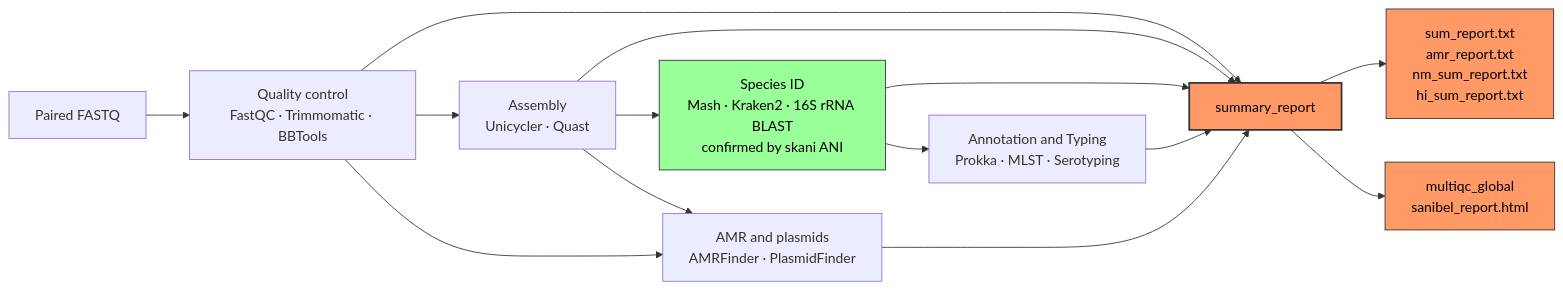
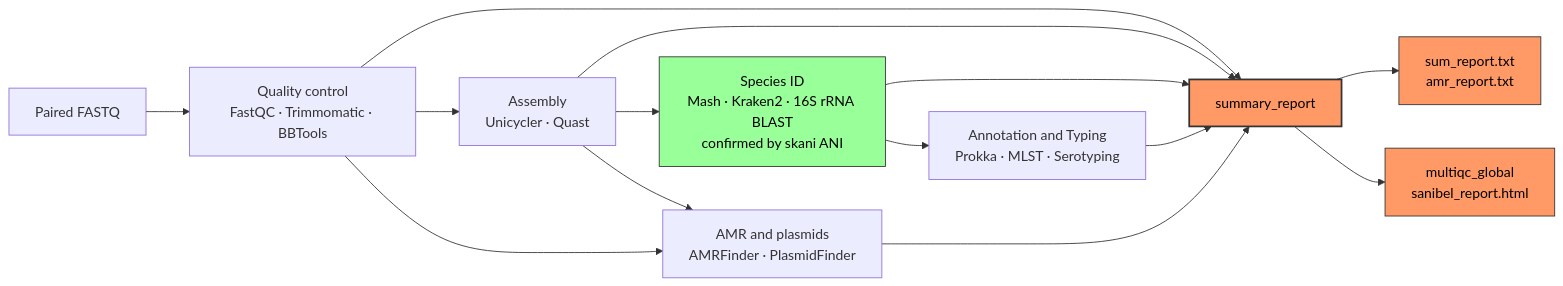
One commit to arodzh-sudo/Sanibel changed the diagram in README.md. Above: the diagram before and after it, drawn with Mermaid. The commit also changed other lines of this file and 19 other files, not shown here.

````diff
--- a/README.md
+++ b/README.md
@@ -118,24 +113,24 @@
 ```mermaid
 flowchart LR
     IN[Paired FASTQ] --> QC["Quality control<br/>FastQC · Trimmomatic · BBTools"]
     QC --> ASM["Assembly<br/>Unicycler · Quast"]
     ASM --> SID["Species ID<br/>Mash · Kraken2 · 16S rRNA BLAST<br/>confirmed by skani ANI"]
     SID --> TYP["Annotation and Typing<br/>Prokka · MLST · Serotyping"]
 
     ASM --> AMR["AMR and plasmids<br/>AMRFinder · PlasmidFinder"]
     QC --> AMR
 
     QC --> REP[summary_report]
     ASM --> REP
     SID --> REP
     TYP --> REP
     AMR --> REP
 
-    REP --> OUT["sum_report.txt<br/>amr_report.txt<br/>nm_sum_report.txt<br/>hi_sum_report.txt"]
+    REP --> OUT["sum_report.txt<br/>amr_report.txt"]
     REP --> MQ["multiqc_global<br/>sanibel_report.html"]
 
     style SID fill:#9f9,stroke:#333,color:#000
     style REP fill:#f96,stroke:#333,stroke-width:2px,color:#000
     style OUT fill:#f96,stroke:#333,color:#000
     style MQ fill:#f96,stroke:#333,color:#000
 ```
````
